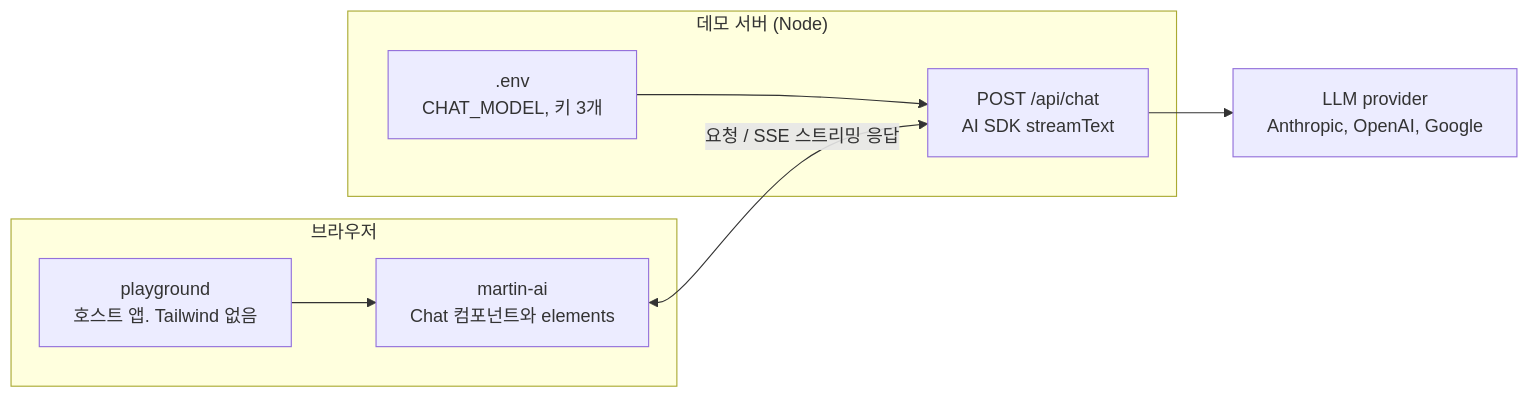
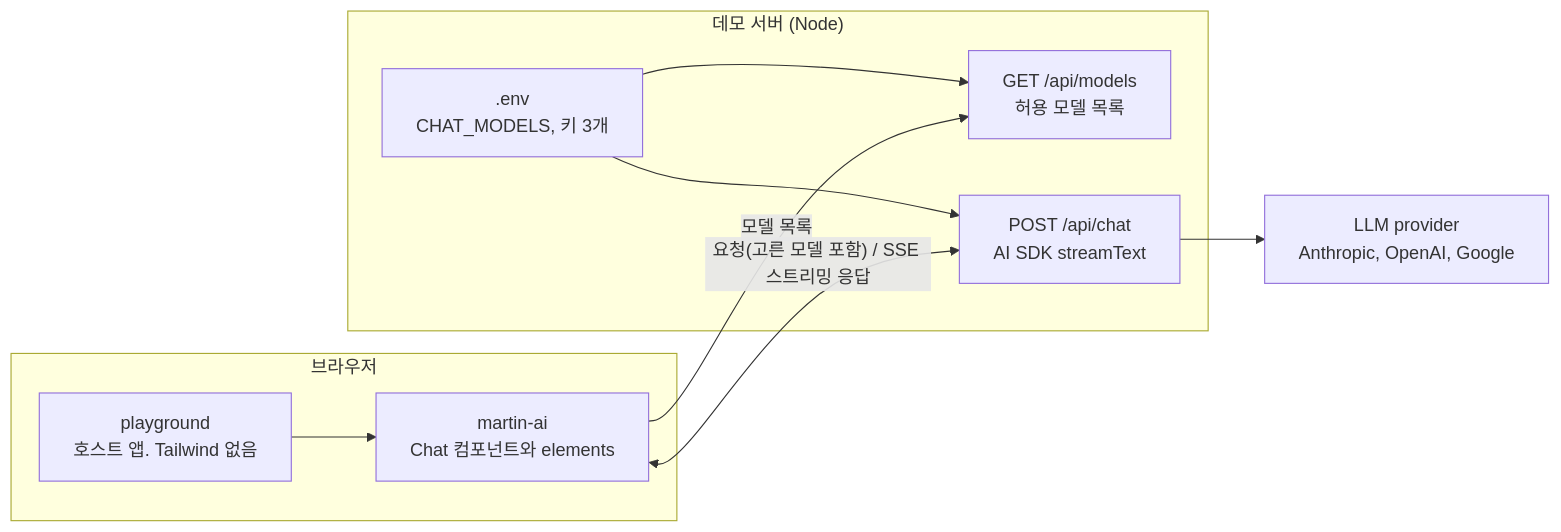
One commit to martin-tjlabs/martin-ai changed the diagram in docs/martin-ai-spec.md. Above: the diagram before and after it, drawn with Mermaid. The commit also changed other lines of this file, not shown here.

Commit message:
docs: allow model selection from a server-defined list in the spec

````diff
--- a/docs/martin-ai-spec.md
+++ b/docs/martin-ai-spec.md
@@ -73,16 +74,19 @@
 ```mermaid
 flowchart LR
   subgraph browser["브라우저"]
     playground["playground<br/>호스트 앱. Tailwind 없음"]
     martin["martin-ai<br/>Chat 컴포넌트와 elements"]
     playground --> martin
   end
   subgraph server["데모 서버 (Node)"]
-    env[".env<br/>CHAT_MODEL, 키 3개"]
+    env[".env<br/>CHAT_MODELS, 키 3개"]
+    models["GET /api/models<br/>허용 모델 목록"]
     api["POST /api/chat<br/>AI SDK streamText"]
+    env --> models
     env --> api
   end
   llm["LLM provider<br/>Anthropic, OpenAI, Google"]
-  martin <-->|"요청 / SSE 스트리밍 응답"| api
+  martin -->|"모델 목록"| models
+  martin <-->|"요청(고른 모델 포함) / SSE 스트리밍 응답"| api
   api --> llm
 ```
````
